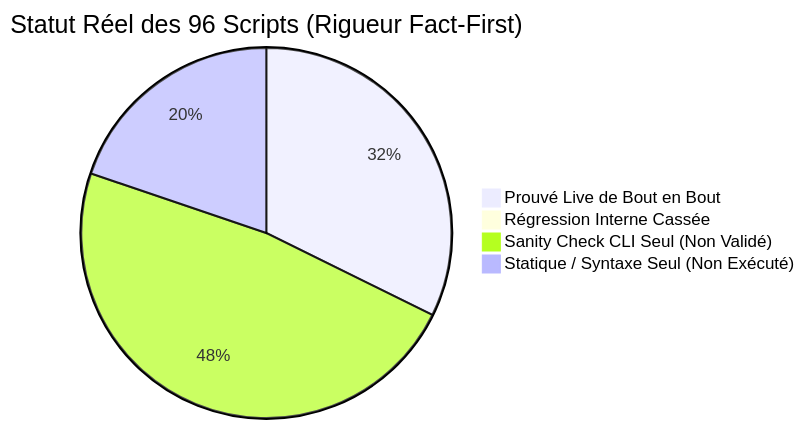
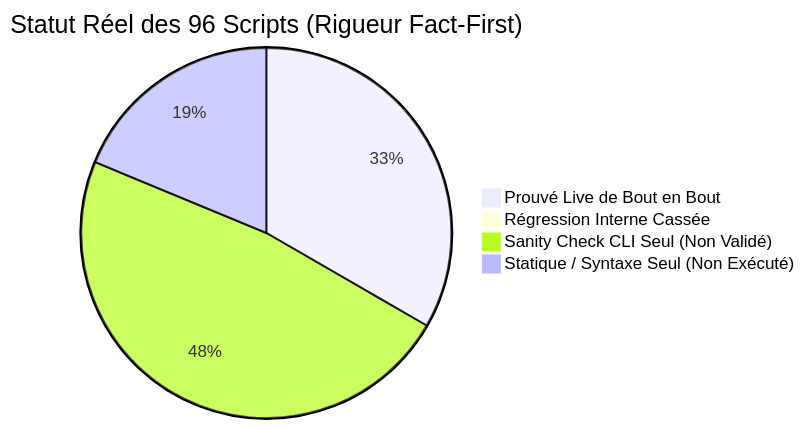
The diagram in docs/reference/2026-11-10-audit-exhaustif-scripts-regressions.md (yoyonel/pydbsrt), drawn with Mermaid before and after one commit. The commit also changed other lines of this file and 2 other files, not shown here.

````diff
--- a/docs/reference/2026-11-10-audit-exhaustif-scripts-regressions.md
+++ b/docs/reference/2026-11-10-audit-exhaustif-scripts-regressions.md
@@ -16,7 +16,7 @@
 ```mermaid
 pie title Statut Réel des 96 Scripts (Rigueur Fact-First)
-    "Prouvé Live de Bout en Bout" : 31
+    "Prouvé Live de Bout en Bout" : 32
     "Régression Interne Cassée" : 0
     "Sanity Check CLI Seul (Non Validé)" : 46
-    "Statique / Syntaxe Seul (Non Exécuté)" : 19
+    "Statique / Syntaxe Seul (Non Exécuté)" : 18
 ```
````
